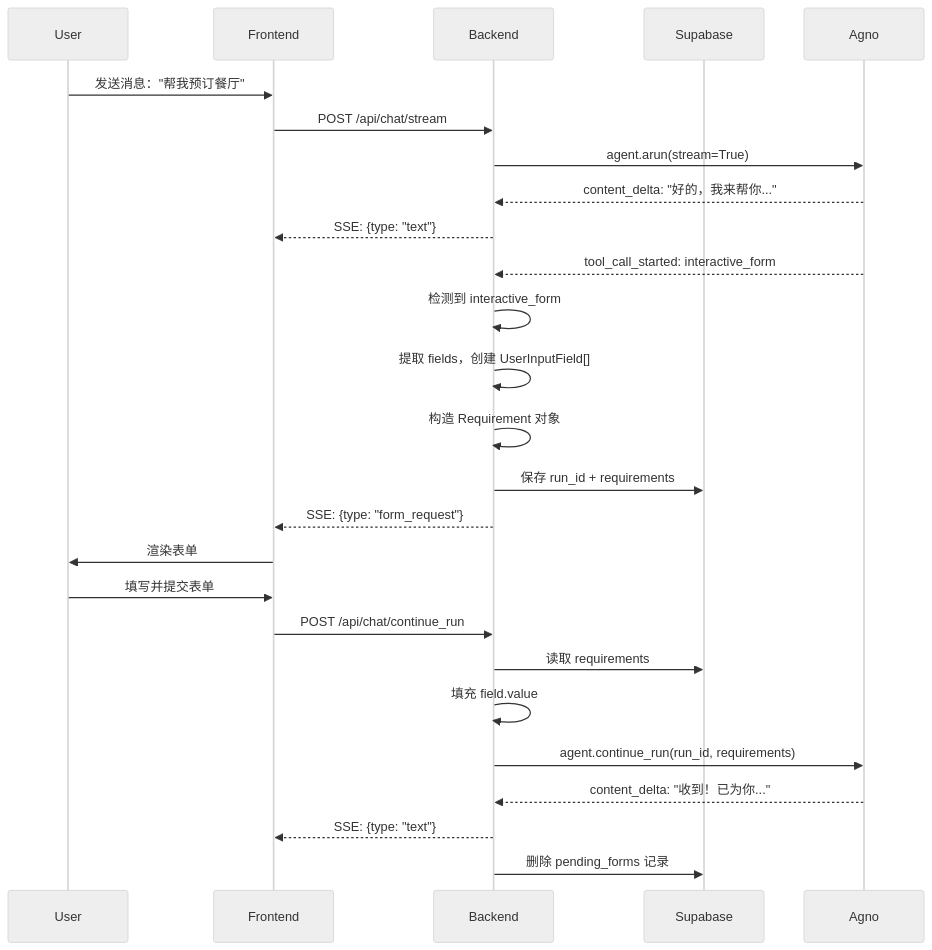
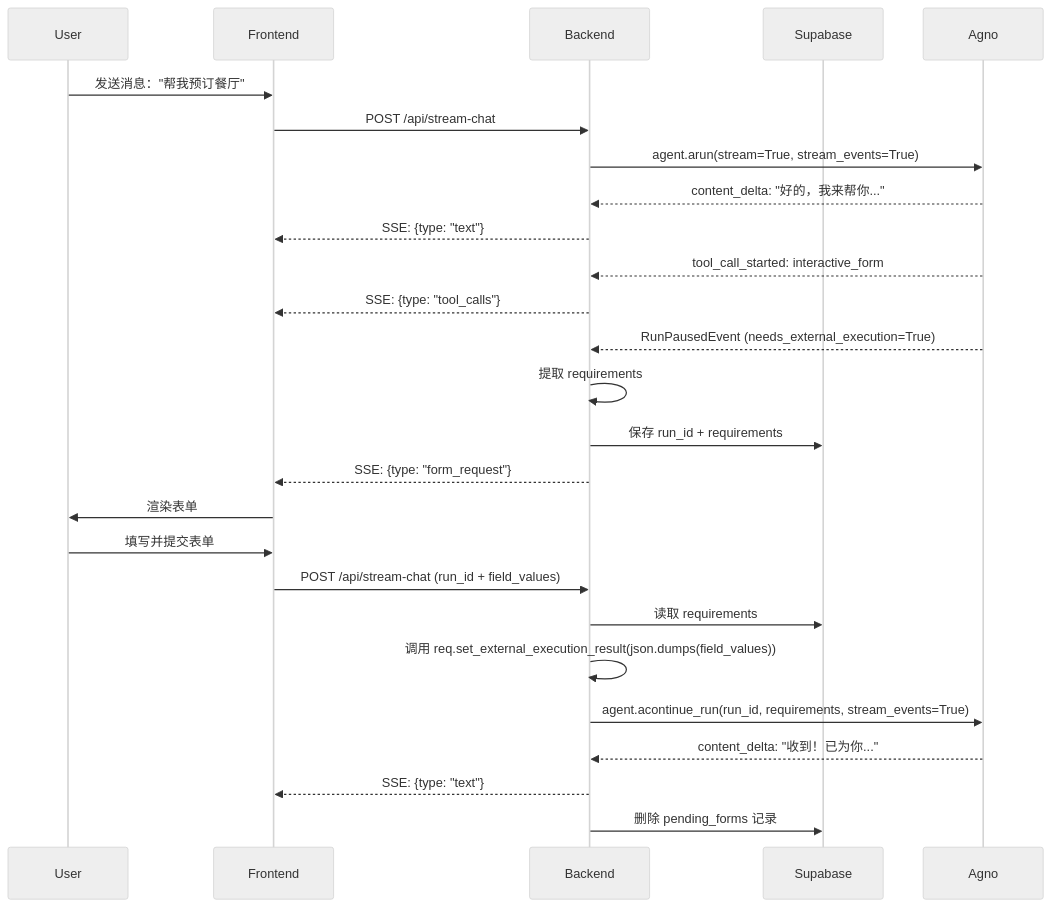
Before and after one commit to havingautism/Qurio: the diagram in docs/hitl-interactive-form-implementation.md, drawn with Mermaid (neutral theme). The commit also changed other lines of this file, not shown here.

Commit message:
docs: update documentation for HITL interactive form implementation

````diff
--- a/docs/hitl-interactive-form-implementation.md
+++ b/docs/hitl-interactive-form-implementation.md
@@ -58,31 +59,32 @@
 ```mermaid
 sequenceDiagram
     participant User
     participant Frontend
     participant Backend
     participant Supabase
     participant Agno
 
     User->>Frontend: 发送消息："帮我预订餐厅"
-    Frontend->>Backend: POST /api/chat/stream
-    Backend->>Agno: agent.arun(stream=True)
+    Frontend->>Backend: POST /api/stream-chat
+    Backend->>Agno: agent.arun(stream=True, stream_events=True)
     Agno-->>Backend: content_delta: "好的，我来帮你..."
     Backend-->>Frontend: SSE: {type: "text"}
     
     Agno-->>Backend: tool_call_started: interactive_form
-    Backend->>Backend: 检测到 interactive_form
-    Backend->>Backend: 提取 fields，创建 UserInputField[]
-    Backend->>Backend: 构造 Requirement 对象
+    Backend-->>Frontend: SSE: {type: "tool_calls"}
+    
+    Agno-->>Backend: RunPausedEvent (needs_external_execution=True)
+    Backend->>Backend: 提取 requirements
     Backend->>Supabase: 保存 run_id + requirements
     Backend-->>Frontend: SSE: {type: "form_request"}
     
     Frontend->>User: 渲染表单
     User->>Frontend: 填写并提交表单
-    Frontend->>Backend: POST /api/chat/continue_run
+    Frontend->>Backend: POST /api/stream-chat (run_id + field_values)
     Backend->>Supabase: 读取 requirements
-    Backend->>Backend: 填充 field.value
-    Backend->>Agno: agent.continue_run(run_id, requirements)
+    Backend->>Backend: 调用 req.set_external_execution_result(json.dumps(field_values))
+    Backend->>Agno: agent.acontinue_run(run_id, requirements, stream_events=True)
     Agno-->>Backend: content_delta: "收到！已为你..."
     Backend-->>Frontend: SSE: {type: "text"}
     Backend->>Supabase: 删除 pending_forms 记录
 ```
````
